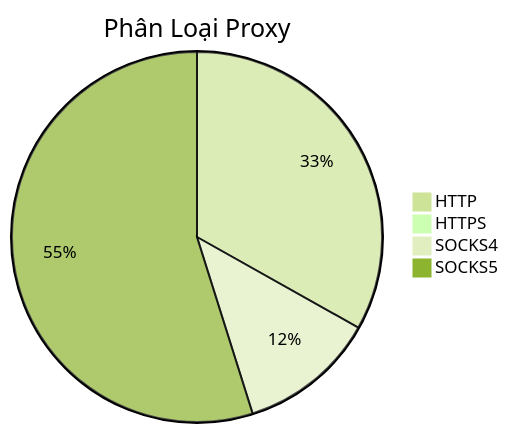
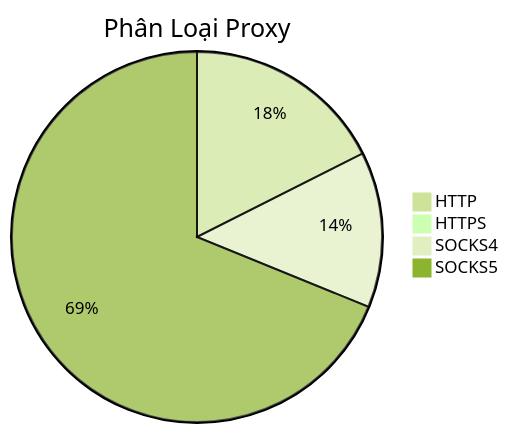
Before and after one commit to Ciara-12/PROXY-free: the diagram in README.md, drawn with Mermaid (forest theme). The commit also changed other lines of this file and 4 other files, not shown here.

````diff
--- a/README.md
+++ b/README.md
@@ -26,7 +26,7 @@
 ```mermaid
 pie title Phân Loại Proxy
-    "HTTP" : 873
-    "HTTPS" : 1
-    "SOCKS4" : 316
-    "SOCKS5" : 1445
+    "HTTP" : 370
+    "HTTPS" : 0
+    "SOCKS4" : 286
+    "SOCKS5" : 1450
 ```
````
